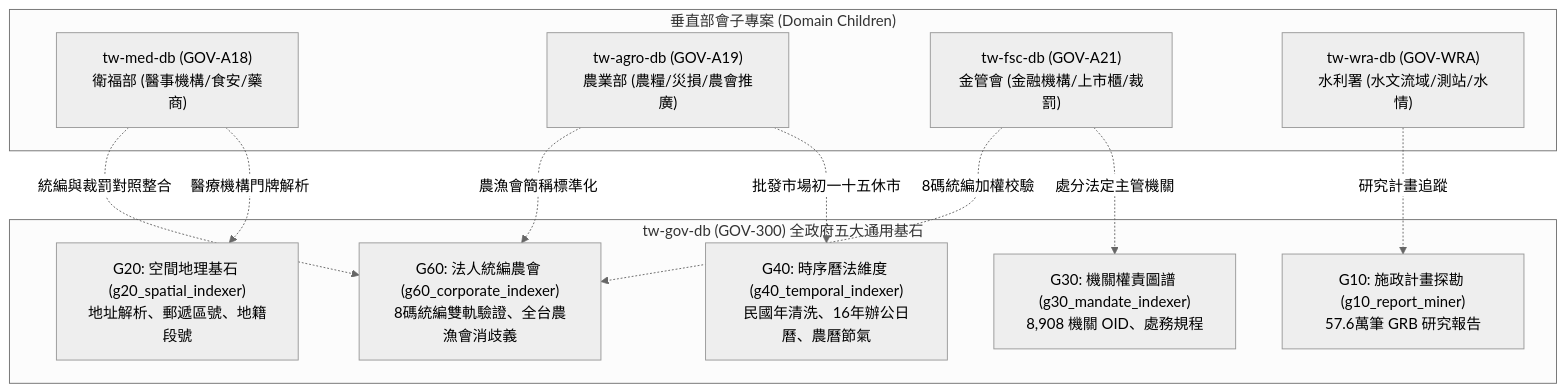
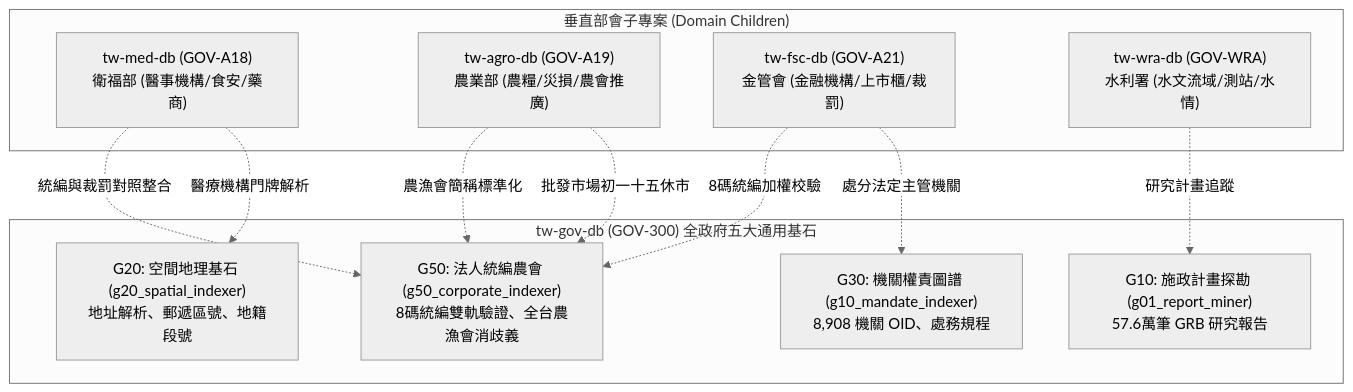
Before and after one commit to wuulong/tw-gov-db: the diagram in docs/CROSS_AGENCY_INTEROP_GUIDE.md, drawn with Mermaid (neutral theme). The commit also changed other lines of this file and 89 other files, not shown here.

````diff
--- a/docs/CROSS_AGENCY_INTEROP_GUIDE.md
+++ b/docs/CROSS_AGENCY_INTEROP_GUIDE.md
@@ -14,25 +14,25 @@
 ```mermaid
 graph TD
     subgraph "tw-gov-db (GOV-300) 全政府五大通用基石"
-        G10["G10: 施政計畫探勘 (g10_report_miner)<br>57.6萬筆 GRB 研究報告"]
+        G10["G10: 施政計畫探勘 (g01_report_miner)<br>57.6萬筆 GRB 研究報告"]
         G20["G20: 空間地理基石 (g20_spatial_indexer)<br>地址解析、郵遞區號、地籍段號"]
-        G30["G30: 機關權責圖譜 (g30_mandate_indexer)<br>8,908 機關 OID、處務規程"]
-        G40["G40: 時序曆法維度 (g40_temporal_indexer)<br>民國年清洗、16年辦公日曆、農曆節氣"]
-        G60["G60: 法人統編農會 (g60_corporate_indexer)<br>8碼統編雙軌驗證、全台農漁會消歧義"]
+        G30["G30: 機關權責圖譜 (g10_mandate_indexer)<br>8,908 機關 OID、處務規程"]
+        G50["G50: 時序曆法維度 (g50_temporal_indexer)<br>民國年清洗、16年辦公日曆、農曆節氣"]
+        G50["G50: 法人統編農會 (g50_corporate_indexer)<br>8碼統編雙軌驗證、全台農漁會消歧義"]
     end
 
     subgraph "垂直部會子專案 (Domain Children)"
         A18["tw-med-db (GOV-A18)<br>衛福部 (醫事機構/食安/藥商)"]
         A19["tw-agro-db (GOV-A19)<br>農業部 (農糧/災損/農會推廣)"]
         A21["tw-fsc-db (GOV-A21)<br>金管會 (金融機構/上市櫃/裁罰)"]
         WRA["tw-wra-db (GOV-WRA)<br>水利署 (水文流域/測站/水情)"]
     end
 
-    A18 -. 統編與裁罰對照整合 .-> G60
+    A18 -. 統編與裁罰對照整合 .-> G50
     A18 -. 醫療機構門牌解析 .-> G20
-    A19 -. 農漁會簡稱標準化 .-> G60
-    A19 -. 批發市場初一十五休市 .-> G40
-    A21 -. 8碼統編加權校驗 .-> G60
+    A19 -. 農漁會簡稱標準化 .-> G50
+    A19 -. 批發市場初一十五休市 .-> G50
+    A21 -. 8碼統編加權校驗 .-> G50
     A21 -. 處分法定主管機關 .-> G30
     WRA -. 研究計畫追蹤 .-> G10
 ```
````
